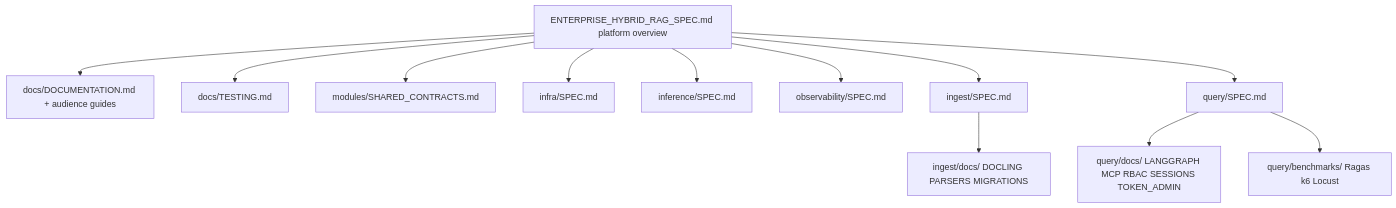
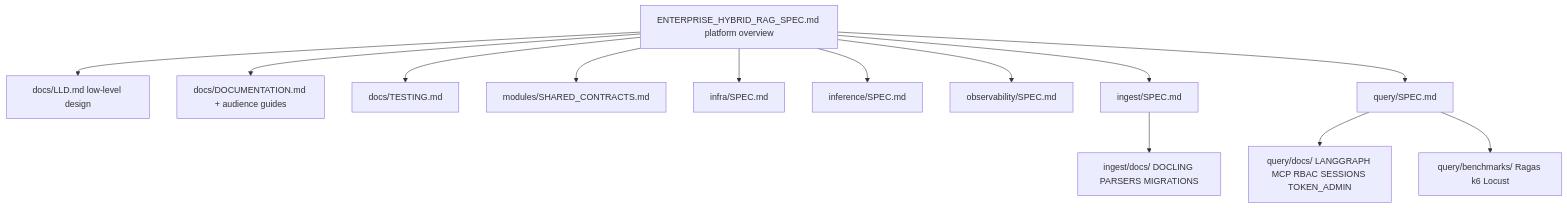
One commit to ashutoshkumarsinha/enterprise-hybrid-rag changed the diagram in docs/SPEC_ROADMAP.md. Above: the diagram before and after it, drawn with Mermaid. The commit also changed 4 other files, not shown here.

````diff
--- a/docs/SPEC_ROADMAP.md
+++ b/docs/SPEC_ROADMAP.md
@@ -156,15 +156,17 @@
 ```mermaid
 flowchart TB
     SPEC[ENTERPRISE_HYBRID_RAG_SPEC.md platform overview]
+    LLD[docs/LLD.md low-level design]
+    SPEC --> LLD
     SPEC --> DOC[docs/DOCUMENTATION.md + audience guides]
     SPEC --> TST[docs/TESTING.md]
     SPEC --> KERNEL[modules/SHARED_CONTRACTS.md]
     SPEC --> INFRA[infra/SPEC.md]
     SPEC --> INFER[inference/SPEC.md]
     SPEC --> OBS[observability/SPEC.md]
     SPEC --> ING[ingest/SPEC.md]
     SPEC --> Q[query/SPEC.md]
     Q --> QD[query/docs/ LANGGRAPH MCP RBAC SESSIONS TOKEN_ADMIN]
     ING --> ID[ingest/docs/ DOCLING PARSERS MIGRATIONS]
     Q --> BENCH[query/benchmarks/ Ragas k6 Locust]
 ```
````
